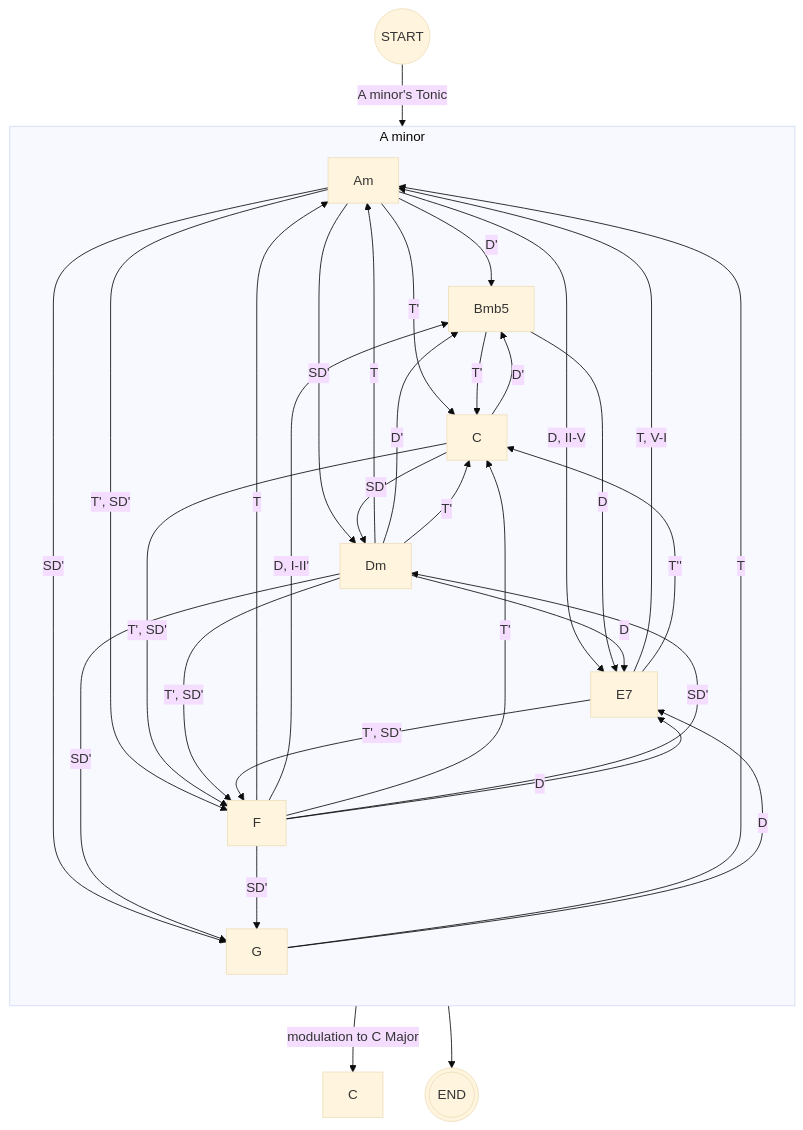
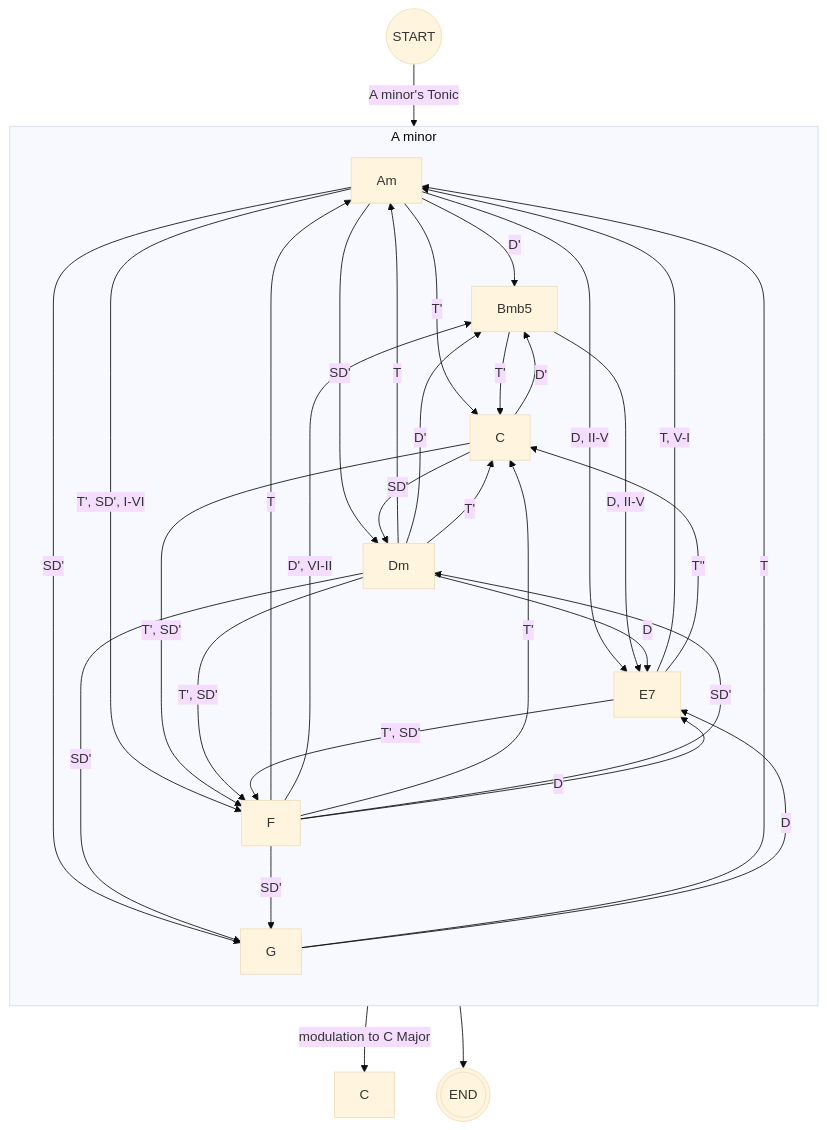
One commit to Cartman0/chord changed the diagram in AminorSTD.md. Above: the diagram before and after it, drawn with Mermaid (base theme).

````diff
--- a/AminorSTD.md
+++ b/AminorSTD.md
@@ -1,58 +1,58 @@
 ```mermaid
 flowchart TB
   %% COMMON
   S((START));
   Q(((END)));
 
   S --"A minor's Tonic" --> Am;
   subgraph "A minor"
     direction TB;
 
     E7_Am[E7];
 
     %%  Am
     Am --"D'"--> Bmb5;
     Am --"T'"--> C;
     Am -- "SD'" --> Dm;
     Am -- "D, II-V" --> E7_Am;
-    Am -- "T', SD'" --> F;
+    Am -- "T', SD', I-VI" --> F;
     Am -- "SD'" --> G;
 
     %% Bmb5
     Bmb5 -- T' --> C;
-    Bmb5 -- D --> E7_Am;
+    Bmb5 -- "D, II-V" --> E7_Am;
 
     %% C トニック代理
     C-- "D'" -->Bmb5;
     C-- "SD'" -->Dm;
     C-- "T', SD'" -->F;
 
     %% Dm
     Dm -- "T" --> Am;
     Dm -- "D'" --> Bmb5;
     Dm -- "T'" --> C;
     Dm -- "D" --> E7_Am;
     Dm -- "T', SD'" --> F;
     Dm -- "SD'" --> G;
 
     %% E7
     E7_Am -- "T, V-I" --> Am;
     E7_Am -- "T''" --> C;
     E7_Am -- "T', SD' " --> F;
 
     %% F　トニック代理、サブドミナント代理
     F -- "T" --> Am;
-    F-- "D, I-II'" -->Bmb5;
+    F-- "D', VI-II" -->Bmb5;
     F -- "T'" --> C;
     F --"SD'"--> Dm;
     F -- "D" --> E7_Am;
     F -- "SD'" -->G;
 
     %% G　サブドミナント代理
     G -- "T" --> Am;
     G -- "D" --> E7_Am;
   end
   
   G -- "modulation to C Major" --> C_CM[C];
   Am --> Q;
 ```
````
